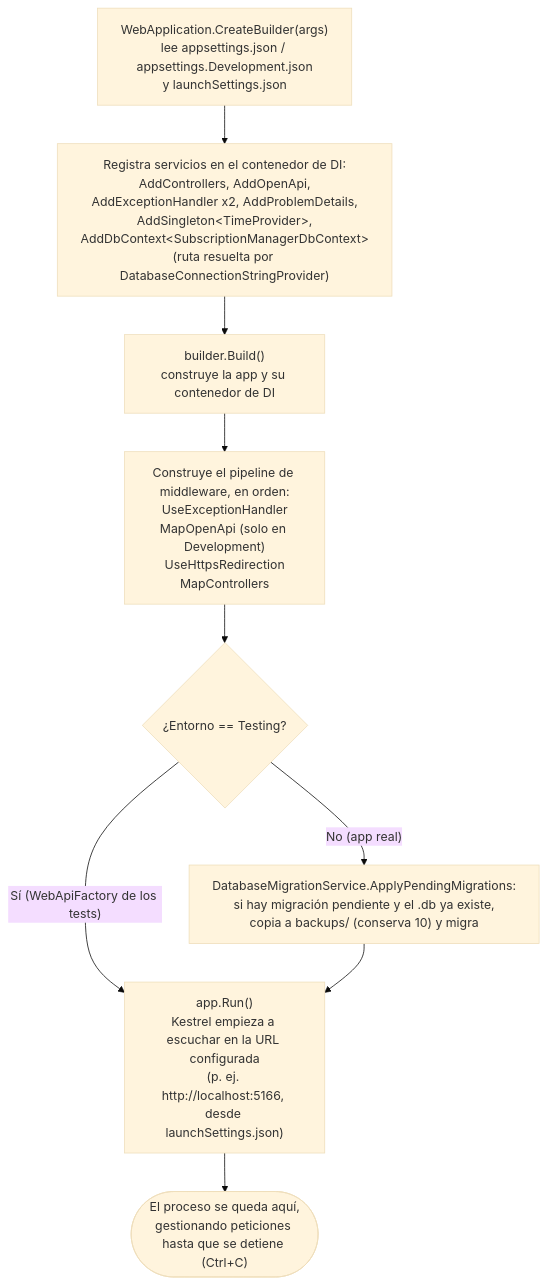
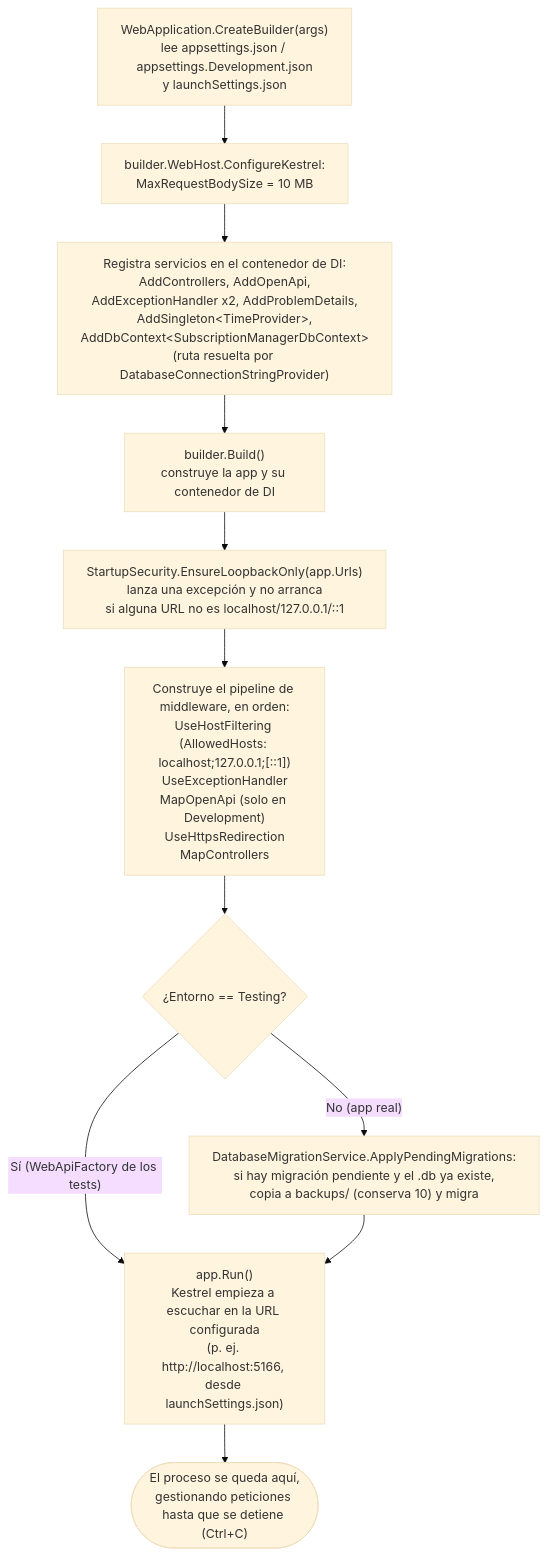
One commit to Manueh9/SubscriptionManager changed the first of 2 diagrams in docs/Architecture/Architecture.es.md. Above: the diagram before and after it, drawn with Mermaid (base theme). The commit also changed other lines of this file and 14 other files, not shown here.

Commit message:
feat: lock the API down to loopback-only and cap request size

````diff
--- a/docs/Architecture/Architecture.es.md
+++ b/docs/Architecture/Architecture.es.md
@@ -21,11 +21,13 @@
 ```mermaid
 flowchart TD
-    A["WebApplication.CreateBuilder(args)<br/>lee appsettings.json / appsettings.Development.json<br/>y launchSettings.json"] --> B["Registra servicios en el contenedor de DI:<br/>AddControllers, AddOpenApi,<br/>AddExceptionHandler x2, AddProblemDetails,<br/>AddSingleton&lt;TimeProvider&gt;,<br/>AddDbContext&lt;SubscriptionManagerDbContext&gt;<br/>(ruta resuelta por DatabaseConnectionStringProvider)"]
+    A["WebApplication.CreateBuilder(args)<br/>lee appsettings.json / appsettings.Development.json<br/>y launchSettings.json"] --> K["builder.WebHost.ConfigureKestrel:<br/>MaxRequestBodySize = 10 MB"]
+    K --> B["Registra servicios en el contenedor de DI:<br/>AddControllers, AddOpenApi,<br/>AddExceptionHandler x2, AddProblemDetails,<br/>AddSingleton&lt;TimeProvider&gt;,<br/>AddDbContext&lt;SubscriptionManagerDbContext&gt;<br/>(ruta resuelta por DatabaseConnectionStringProvider)"]
     B --> C["builder.Build()<br/>construye la app y su contenedor de DI"]
-    C --> D["Construye el pipeline de middleware, en orden:<br/>UseExceptionHandler<br/>MapOpenApi (solo en Development)<br/>UseHttpsRedirection<br/>MapControllers"]
+    C --> S["StartupSecurity.EnsureLoopbackOnly(app.Urls)<br/>lanza una excepción y no arranca<br/>si alguna URL no es localhost/127.0.0.1/::1"]
+    S --> D["Construye el pipeline de middleware, en orden:<br/>UseHostFiltering (AllowedHosts: localhost;127.0.0.1;[::1])<br/>UseExceptionHandler<br/>MapOpenApi (solo en Development)<br/>UseHttpsRedirection<br/>MapControllers"]
     D --> G{"¿Entorno == Testing?"}
     G -- "No (app real)" --> H["DatabaseMigrationService.ApplyPendingMigrations:<br/>si hay migración pendiente y el .db ya existe,<br/>copia a backups/ (conserva 10) y migra"]
     G -- "Sí (WebApiFactory de los tests)" --> E
     H --> E["app.Run()<br/>Kestrel empieza a escuchar en la URL configurada<br/>(p. ej. http://localhost:5166, desde launchSettings.json)"]
     E --> F(["El proceso se queda aquí,<br/>gestionando peticiones hasta que se detiene (Ctrl+C)"])
 ```
````
